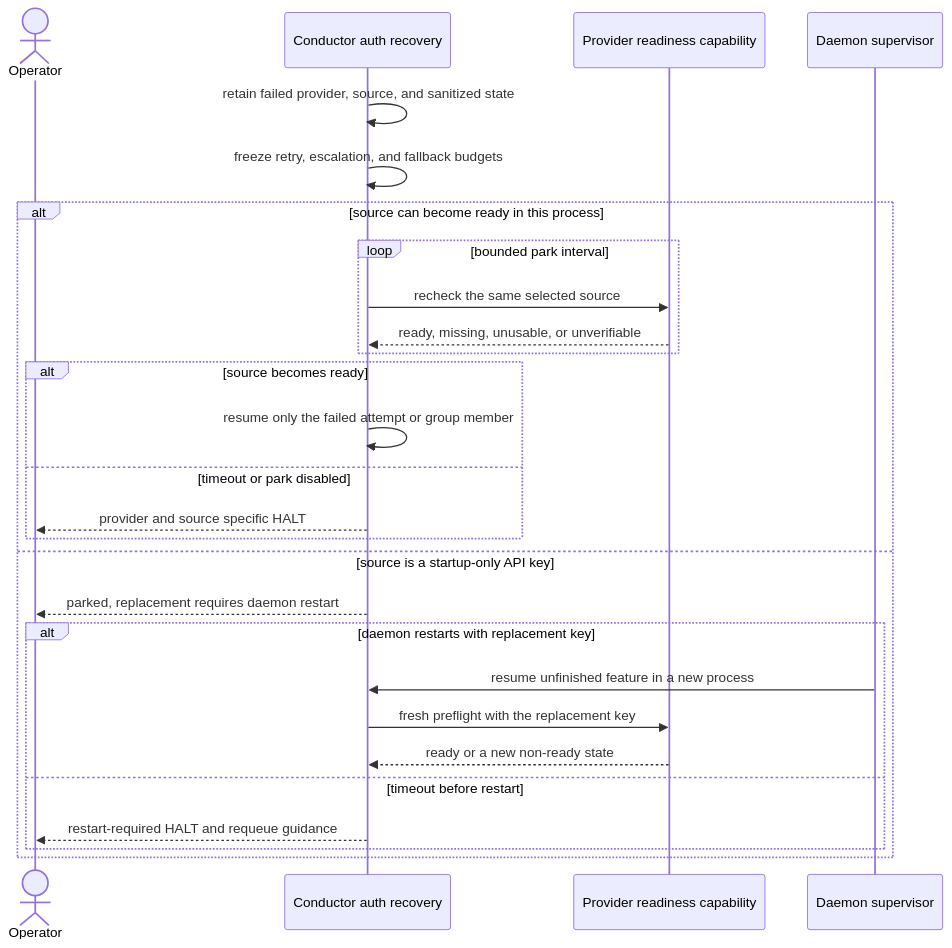
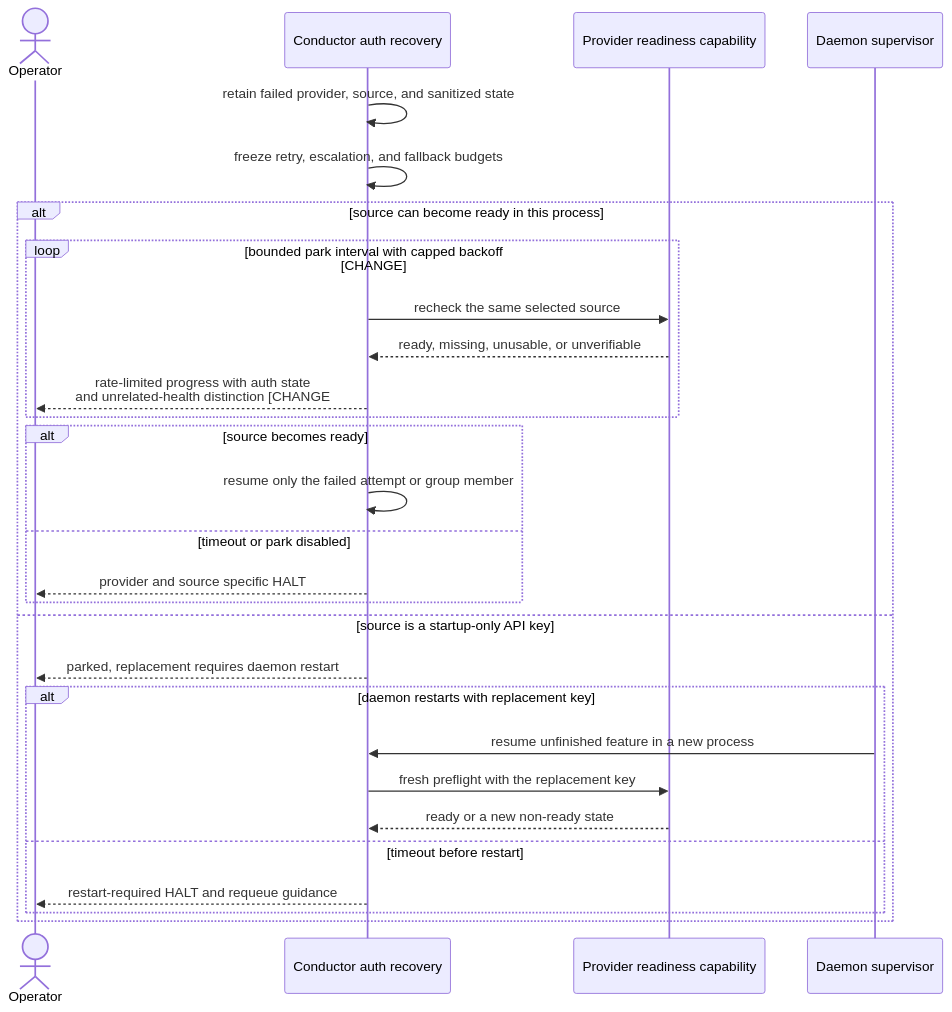
Before and after one commit to jstoup111/ai-conductor: the third of 4 diagrams in .docs/architecture/codex-auth-sandbox-permission-readiness-905.md, drawn with Mermaid. The commit also changed other lines of this file and 10 other files, not shown here.

````diff
--- a/.docs/architecture/codex-auth-sandbox-permission-readiness-905.md
+++ b/.docs/architecture/codex-auth-sandbox-permission-readiness-905.md
@@ -151,30 +152,31 @@
 ```mermaid
 sequenceDiagram
     actor O as Operator
     participant C as Conductor auth recovery
     participant R as Provider readiness capability
     participant D as Daemon supervisor
 
     C->>C: retain failed provider, source, and sanitized state
     C->>C: freeze retry, escalation, and fallback budgets
     alt source can become ready in this process
-        loop bounded park interval
+        loop bounded park interval with capped backoff [CHANGE #970]
             C->>R: recheck the same selected source
             R-->>C: ready, missing, unusable, or unverifiable
+            C-->>O: rate-limited progress with auth state<br/>and unrelated-health distinction [CHANGE #970]
         end
         alt source becomes ready
             C->>C: resume only the failed attempt or group member
         else timeout or park disabled
             C-->>O: provider and source specific HALT
         end
     else source is a startup-only API key
         C-->>O: parked, replacement requires daemon restart
         alt daemon restarts with replacement key
             D->>C: resume unfinished feature in a new process
             C->>R: fresh preflight with the replacement key
             R-->>C: ready or a new non-ready state
         else timeout before restart
             C-->>O: restart-required HALT and requeue guidance
         end
     end
 ```
````
